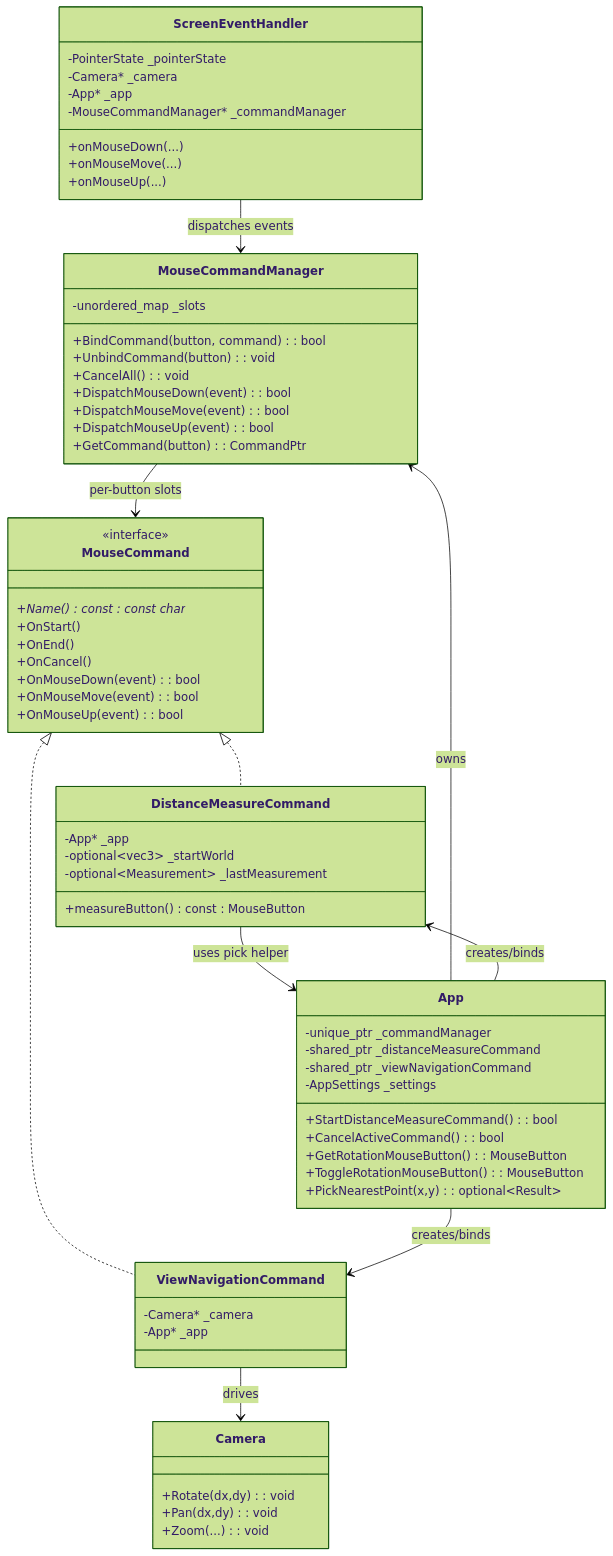
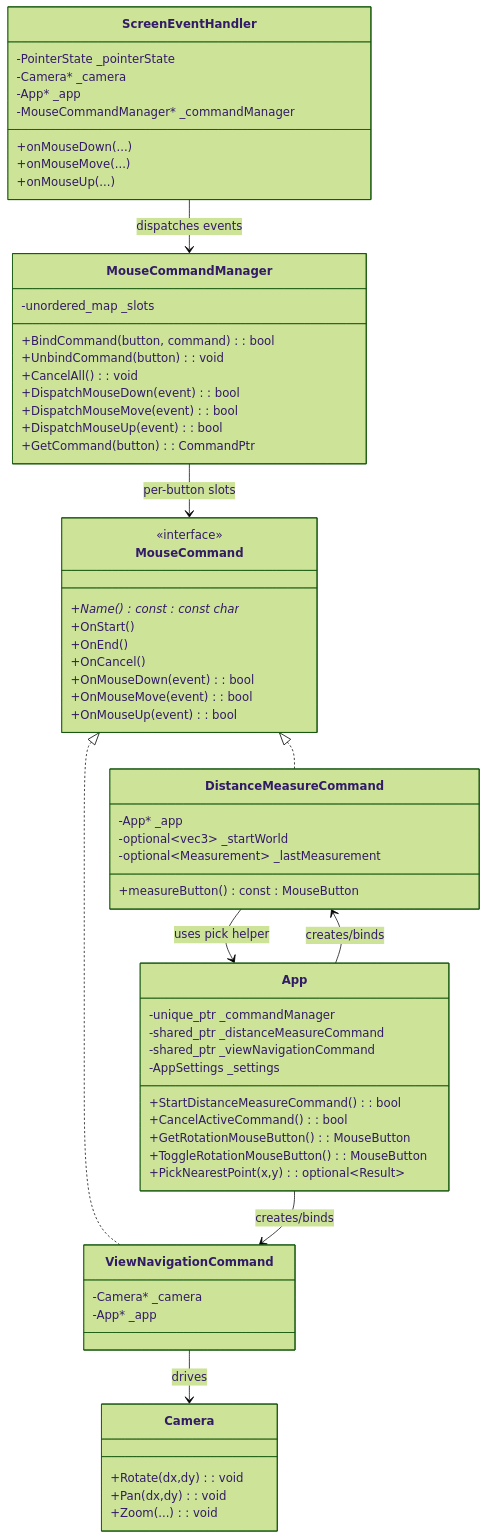
The second of 2 diagrams in GraphV3.md (vfa-khaidt1/vfa-cdn), drawn with Mermaid (forest theme) before and after one commit.

Commit message:
Remove App ownership of MouseCommandManager
Removed ownership relationship from App to MouseCommandManager.

````diff
--- a/GraphV3.md
+++ b/GraphV3.md
@@ -38,78 +38,77 @@
 ```mermaid
 classDiagram
     class ScreenEventHandler {
         -PointerState _pointerState
         -Camera* _camera
         -App* _app
         -MouseCommandManager* _commandManager
         +onMouseDown(...)
         +onMouseMove(...)
         +onMouseUp(...)
     }
 
     class MouseCommand {
         <<interface>>
         +Name() const : const char*
         +OnStart()
         +OnEnd()
         +OnCancel()
         +OnMouseDown(event): bool
         +OnMouseMove(event): bool
         +OnMouseUp(event): bool
     }
 
     class MouseCommandManager {
         -unordered_map<MouseButton,CommandPtr,MouseButtonHash> _slots
         +BindCommand(button, command): bool
         +UnbindCommand(button): void
         +CancelAll(): void
         +DispatchMouseDown(event): bool
         +DispatchMouseMove(event): bool
         +DispatchMouseUp(event): bool
         +GetCommand(button): CommandPtr
     }
 
     class DistanceMeasureCommand {
         -App* _app
         -optional~vec3~ _startWorld
         -optional~Measurement~ _lastMeasurement
         +measureButton() const : MouseButton
     }
 
     class ViewNavigationCommand {
         -Camera* _camera
         -App* _app
     }
 
     class App {
         -unique_ptr<MouseCommandManager> _commandManager
         -shared_ptr<DistanceMeasureCommand> _distanceMeasureCommand
         -shared_ptr<ViewNavigationCommand> _viewNavigationCommand
         -AppSettings _settings
         +StartDistanceMeasureCommand(): bool
         +CancelActiveCommand(): bool
         +GetRotationMouseButton(): MouseButton
         +ToggleRotationMouseButton(): MouseButton
         +PickNearestPoint(x,y): optional~Result~
     }
 
     class Camera {
         +Rotate(dx,dy): void
         +Pan(dx,dy): void
         +Zoom(...): void
     }
 
     MouseCommand <|.. DistanceMeasureCommand
     MouseCommand <|.. ViewNavigationCommand
 
     ScreenEventHandler --> MouseCommandManager : dispatches events
 
 
     MouseCommandManager --> MouseCommand : per-button slots
-    App --> MouseCommandManager : owns
     App --> DistanceMeasureCommand : creates/binds
     App --> ViewNavigationCommand : creates/binds
     ViewNavigationCommand --> Camera : drives
     DistanceMeasureCommand --> App : uses pick helper
 
 ```
````
